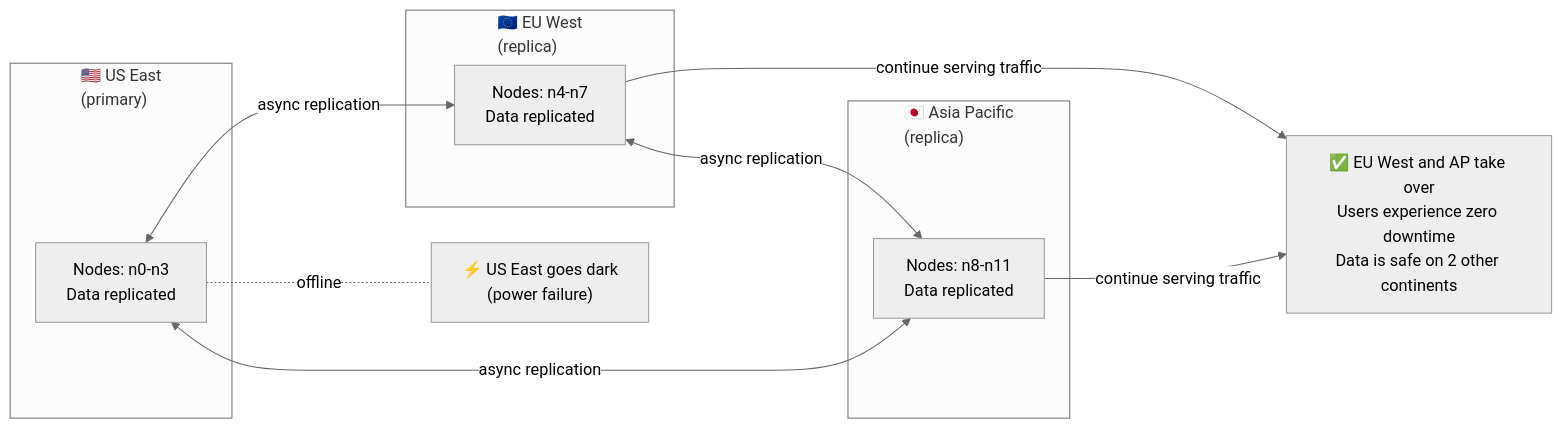
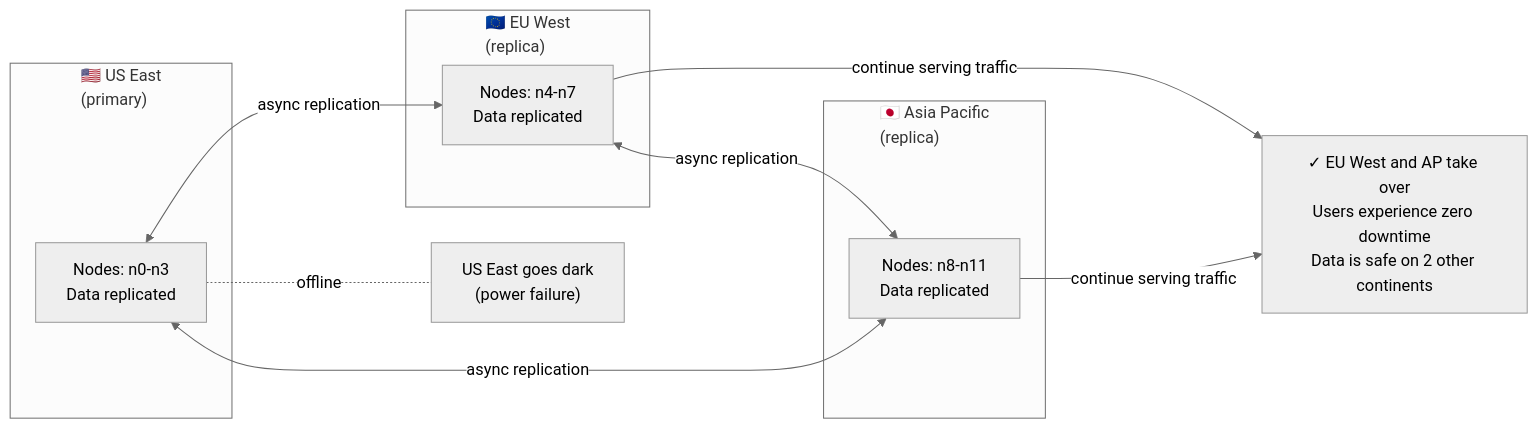
One commit to devops-monk/system-design-blog changed diagram 16 of 22 in content/posts/2026/design-a-key-value-store.md. Above: the diagram before and after it, drawn with Mermaid (neutral theme). The commit also changed other lines of this file and 5 other files, not shown here.

````diff
--- a/content/posts/2026/design-a-key-value-store.md
+++ b/content/posts/2026/design-a-key-value-store.md
@@ -578,22 +544,22 @@
 ```mermaid
 graph LR
     subgraph US["🇺🇸 US East\n(primary)"]
         US_N["Nodes: n0-n3\nData replicated"]
     end
     subgraph EU["🇪🇺 EU West\n(replica)"]
         EU_N["Nodes: n4-n7\nData replicated"]
     end
     subgraph AP["🇯🇵 Asia Pacific\n(replica)"]
         AP_N["Nodes: n8-n11\nData replicated"]
     end
 
     US_N <-->|"async replication"| EU_N
     EU_N <-->|"async replication"| AP_N
     AP_N <-->|"async replication"| US_N
 
-    OUTAGE["⚡ US East goes dark\n(power failure)"]
+    OUTAGE["US East goes dark\n(power failure)"]
     US_N -. "offline" .- OUTAGE
 
-    RESULT["✅ EU West and AP take over\nUsers experience zero downtime\nData is safe on 2 other continents"]
+    RESULT["✓ EU West and AP take over\nUsers experience zero downtime\nData is safe on 2 other continents"]
     EU_N & AP_N -->|"continue serving traffic"| RESULT
 ```
````
